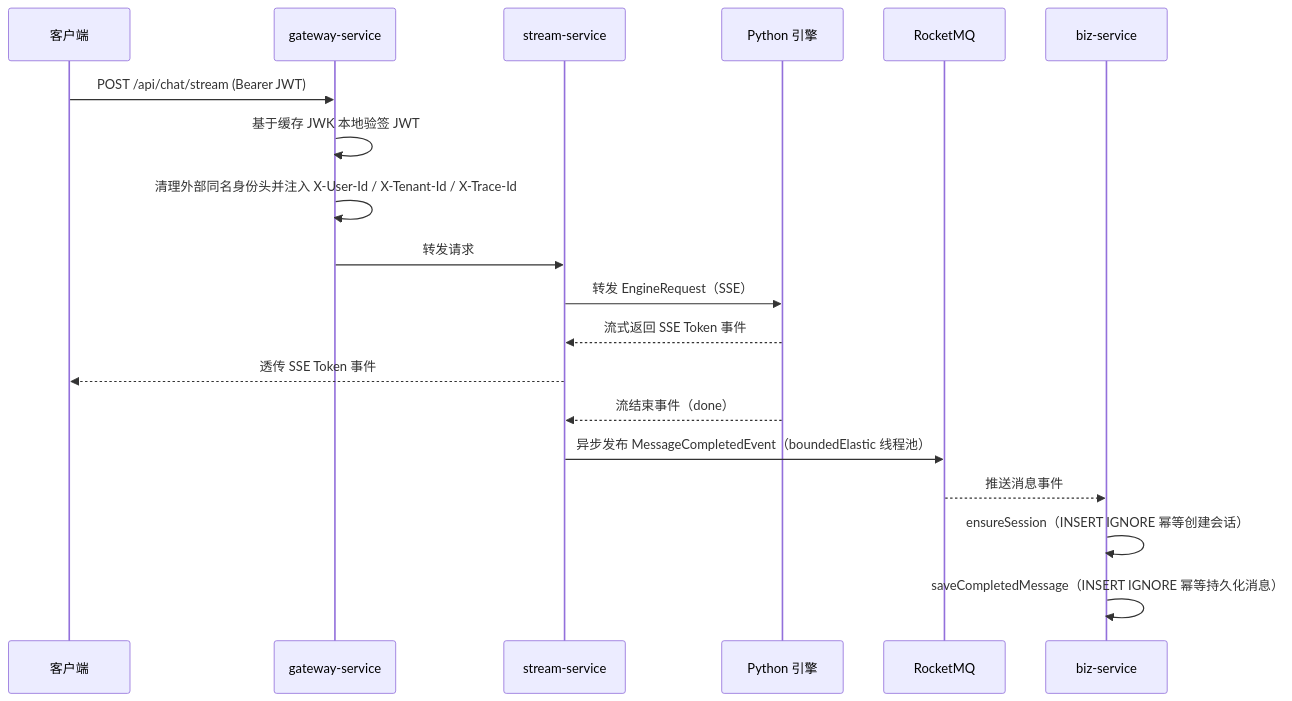
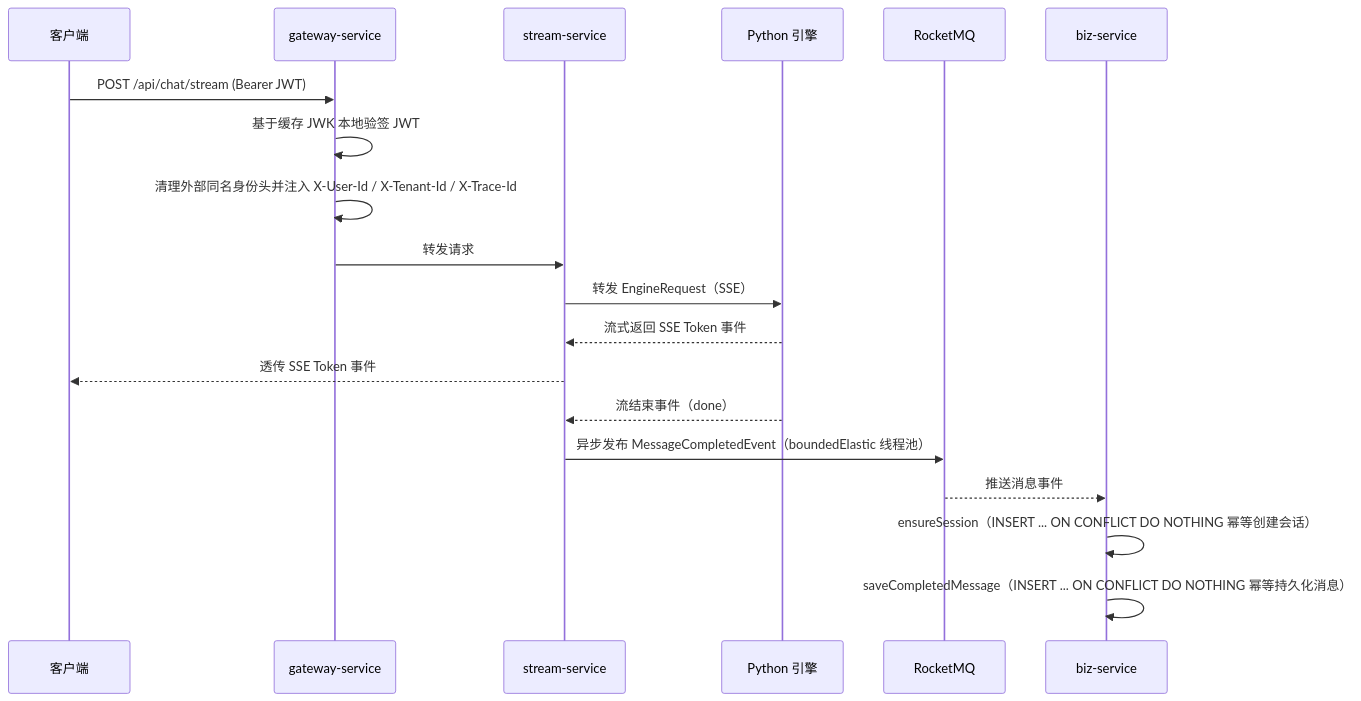
The first of 3 diagrams in docs/sdd/初始化Java服务.md (Pymjl/ai-customer-service-platform), drawn with Mermaid before and after one commit. The commit also changed other lines of this file and 26 other files, not shown here.

````diff
--- a/docs/sdd/初始化Java服务.md
+++ b/docs/sdd/初始化Java服务.md
@@ -90,22 +90,22 @@
 ```mermaid
 sequenceDiagram
     participant C as 客户端
     participant G as gateway-service
     participant S as stream-service
     participant P as Python 引擎
     participant MQ as RocketMQ
     participant B as biz-service
 
     C->>G: POST /api/chat/stream (Bearer JWT)
     G->>G: 基于缓存 JWK 本地验签 JWT
     G->>G: 清理外部同名身份头并注入 X-User-Id / X-Tenant-Id / X-Trace-Id
     G->>S: 转发请求
     S->>P: 转发 EngineRequest（SSE）
     P-->>S: 流式返回 SSE Token 事件
     S-->>C: 透传 SSE Token 事件
     P-->>S: 流结束事件（done）
     S->>MQ: 异步发布 MessageCompletedEvent（boundedElastic 线程池）
     MQ-->>B: 推送消息事件
-    B->>B: ensureSession（INSERT IGNORE 幂等创建会话）
-    B->>B: saveCompletedMessage（INSERT IGNORE 幂等持久化消息）
+    B->>B: ensureSession（INSERT ... ON CONFLICT DO NOTHING 幂等创建会话）
+    B->>B: saveCompletedMessage（INSERT ... ON CONFLICT DO NOTHING 幂等持久化消息）
 ```
````
